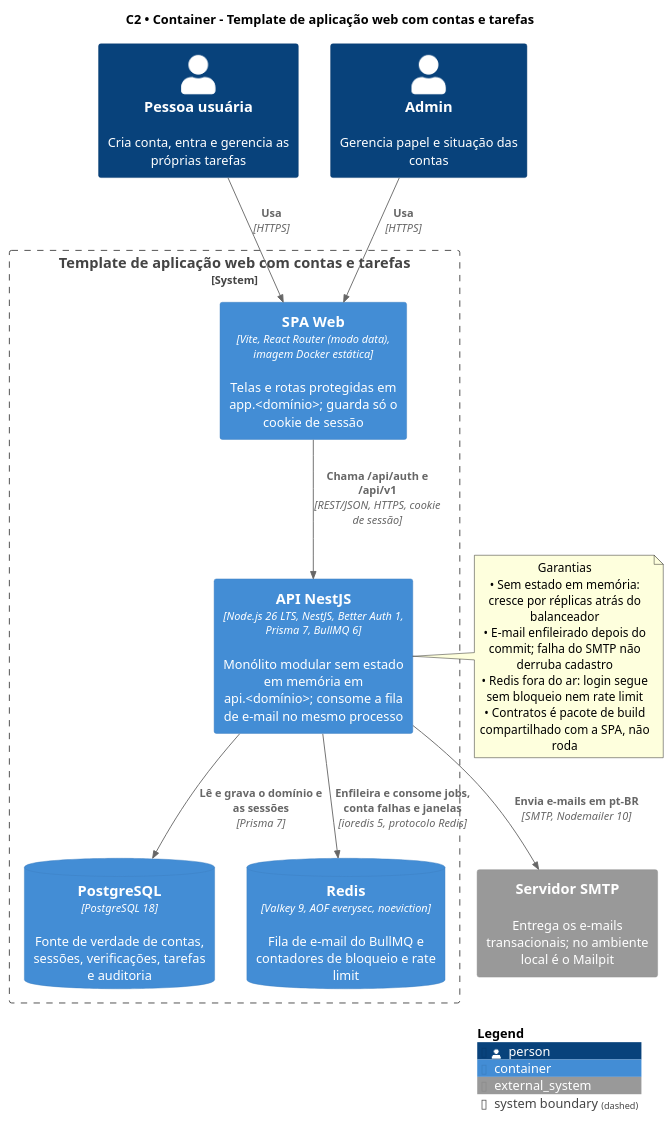
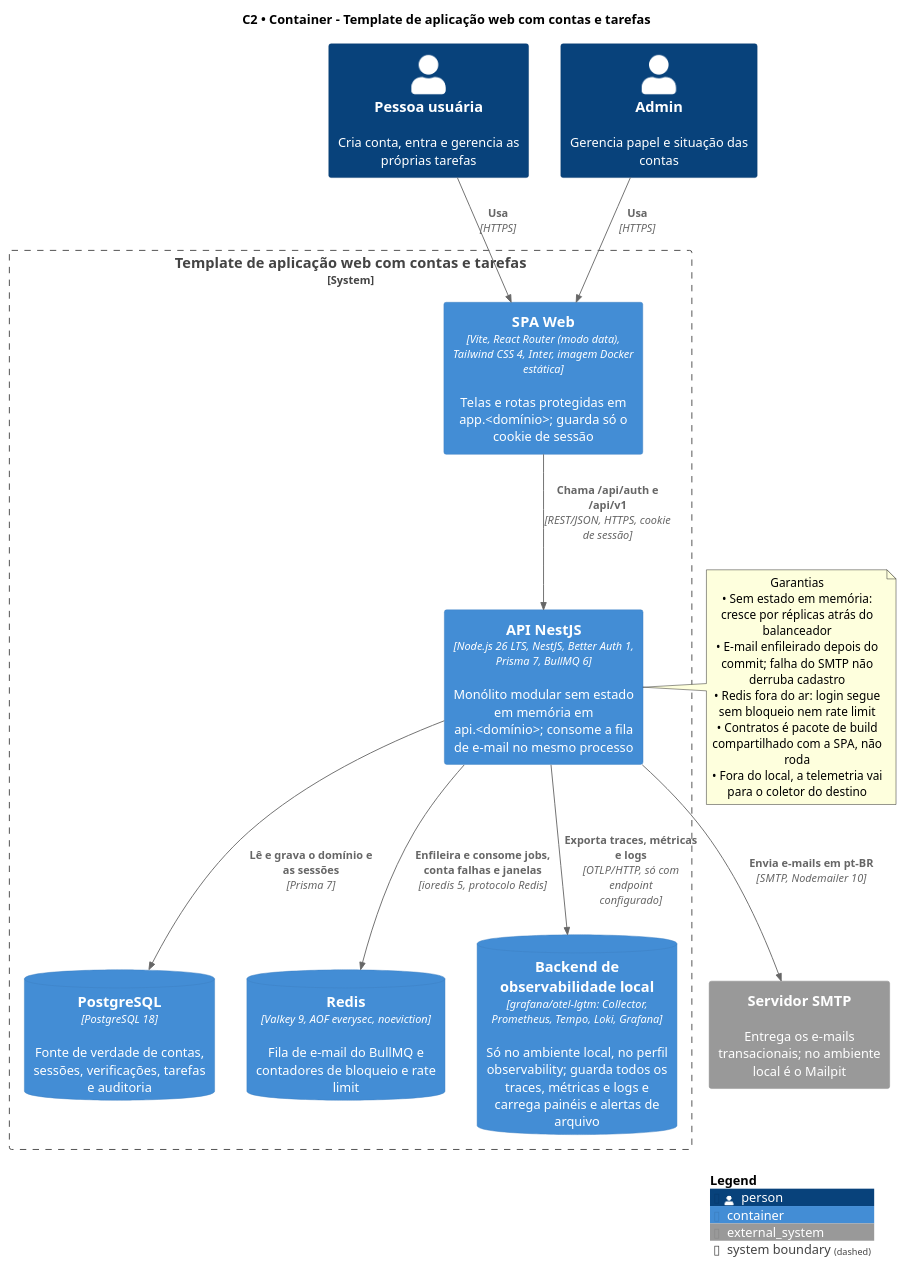
Before and after one commit to maiconsouza89/ai-template-harness-nestj-react-monorepo: the diagram in docs/architecture/diagrams/template-web-c2.puml, drawn with PlantUML. The commit also changed 69 other files, not shown here.

First line of the commit message:
feat(observability): adiciona observabilidade à fundação (#13)

```diff
--- a/docs/architecture/diagrams/template-web-c2.puml
+++ b/docs/architecture/diagrams/template-web-c2.puml
@@ -1,36 +1,39 @@
 @startuml template-web-c2
 !pragma charset UTF-8
 !include <C4/C4_Container>
 
 title C2 • Container - Template de aplicação web com contas e tarefas
 LAYOUT_TOP_DOWN()
 
 Person(usuario, "Pessoa usuária", "Cria conta, entra e gerencia as próprias tarefas")
 Person(admin, "Admin", "Gerencia papel e situação das contas")
 
 System_Boundary(sistema, "Template de aplicação web com contas e tarefas") {
-  Container(web, "SPA Web", "Vite, React Router (modo data), imagem Docker estática", "Telas e rotas protegidas em app.<domínio>; guarda só o cookie de sessão")
+  Container(web, "SPA Web", "Vite, React Router (modo data), Tailwind CSS 4, Inter, imagem Docker estática", "Telas e rotas protegidas em app.<domínio>; guarda só o cookie de sessão")
   Container(api, "API NestJS", "Node.js 26 LTS, NestJS, Better Auth 1, Prisma 7, BullMQ 6", "Monólito modular sem estado em memória em api.<domínio>; consome a fila de e-mail no mesmo processo")
   ContainerDb(pg, "PostgreSQL", "PostgreSQL 18", "Fonte de verdade de contas, sessões, verificações, tarefas e auditoria")
   ContainerDb(rds, "Redis", "Valkey 9, AOF everysec, noeviction", "Fila de e-mail do BullMQ e contadores de bloqueio e rate limit")
+  ContainerDb(obs, "Backend de observabilidade local", "grafana/otel-lgtm: Collector, Prometheus, Tempo, Loki, Grafana", "Só no ambiente local, no perfil observability; guarda todos os traces, métricas e logs e carrega painéis e alertas de arquivo")
 }
 
 System_Ext(smtp, "Servidor SMTP", "Entrega os e-mails transacionais; no ambiente local é o Mailpit")
 
 Rel(usuario, web, "Usa", "HTTPS")
 Rel(admin, web, "Usa", "HTTPS")
 Rel(web, api, "Chama /api/auth e /api/v1", "REST/JSON, HTTPS, cookie de sessão")
 Rel(api, pg, "Lê e grava o domínio e as sessões", "Prisma 7")
 Rel(api, rds, "Enfileira e consome jobs, conta falhas e janelas", "ioredis 5, protocolo Redis")
 Rel(api, smtp, "Envia e-mails em pt-BR", "SMTP, Nodemailer 10")
+Rel(api, obs, "Exporta traces, métricas e logs", "OTLP/HTTP, só com endpoint configurado")
 
 note right of api
   Garantias
   • Sem estado em memória: cresce por réplicas atrás do balanceador
   • E-mail enfileirado depois do commit; falha do SMTP não derruba cadastro
   • Redis fora do ar: login segue sem bloqueio nem rate limit
   • Contratos é pacote de build compartilhado com a SPA, não roda
+  • Fora do local, a telemetria vai para o coletor do destino
 end note
 
 SHOW_LEGEND()
 @enduml
```
